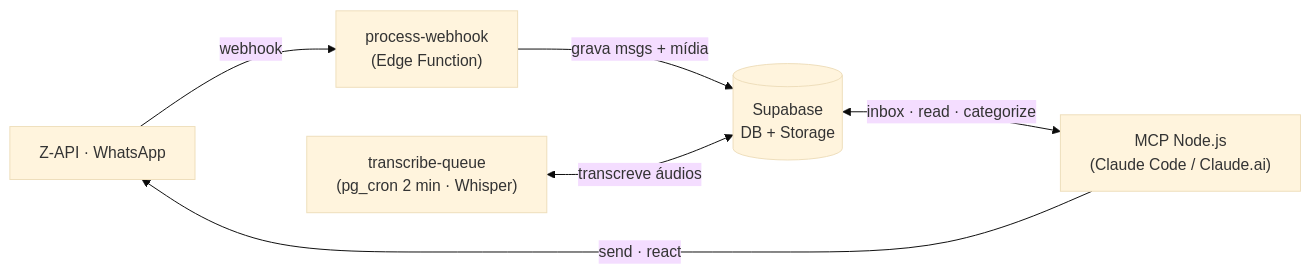
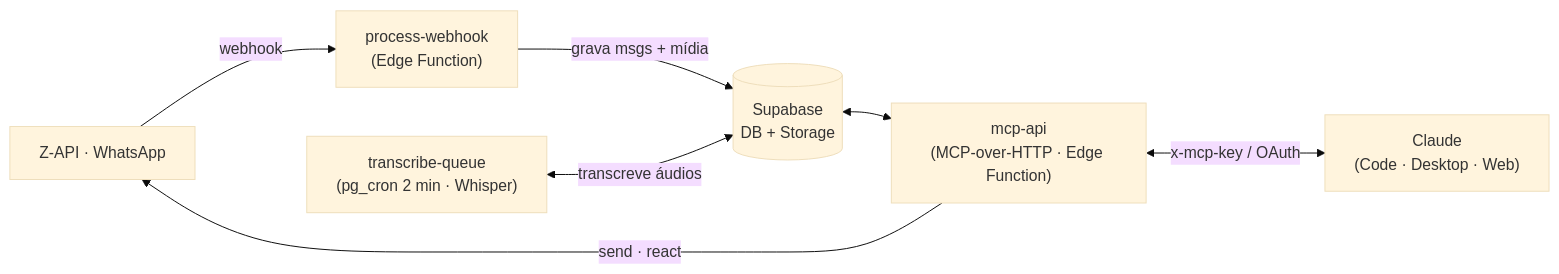
The diagram in README.md (Expert-Integrado/whatsapp-agent), drawn with Mermaid (base theme) before and after one commit. The commit also changed other lines of this file and 24 other files, not shown here.

First line of the commit message:
feat!: v2.0 - MCP remoto (HTTP) + OAuth, skills viram tools

````diff
--- a/README.md
+++ b/README.md
@@ -121,8 +85,9 @@
 ```mermaid
 flowchart LR
     ZAPI["Z-API · WhatsApp"] -->|webhook| PW["process-webhook<br/>(Edge Function)"]
     PW -->|grava msgs + mídia| SB[("Supabase<br/>DB + Storage")]
     TQ["transcribe-queue<br/>(pg_cron 2 min · Whisper)"] <-->|transcreve áudios| SB
-    SB <-->|inbox · read · categorize| MCP["MCP Node.js<br/>(Claude Code / Claude.ai)"]
+    SB <--> MCP["mcp-api<br/>(MCP-over-HTTP · Edge Function)"]
+    MCP <-->|x-mcp-key / OAuth| H["Claude<br/>(Code · Desktop · Web)"]
     MCP -->|send · react| ZAPI
 ```
````
